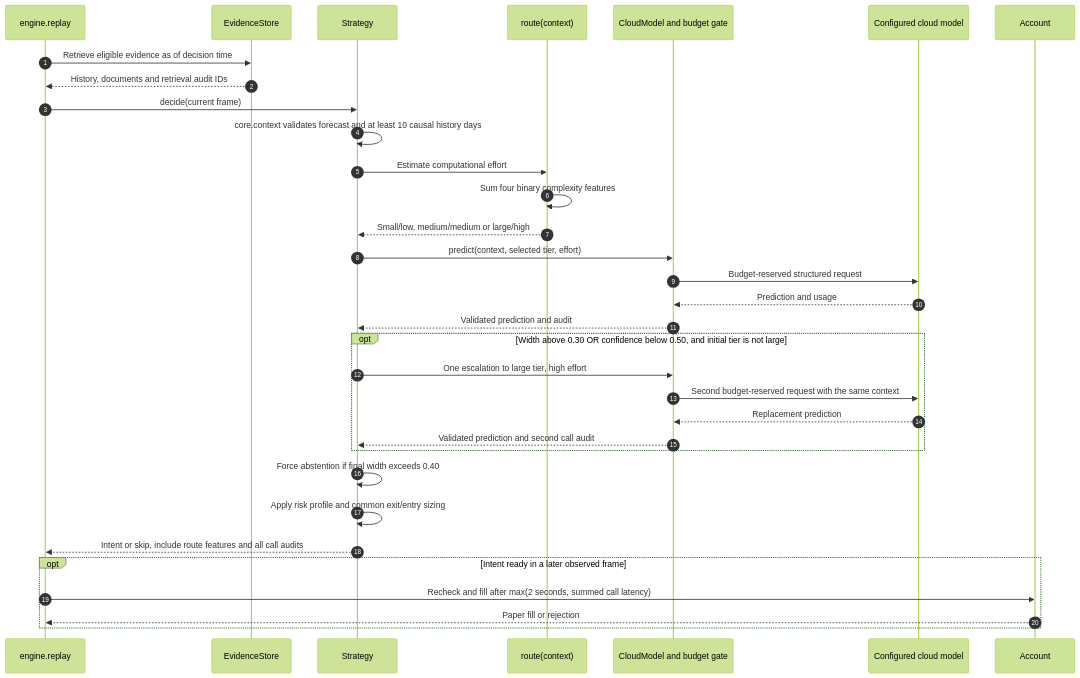
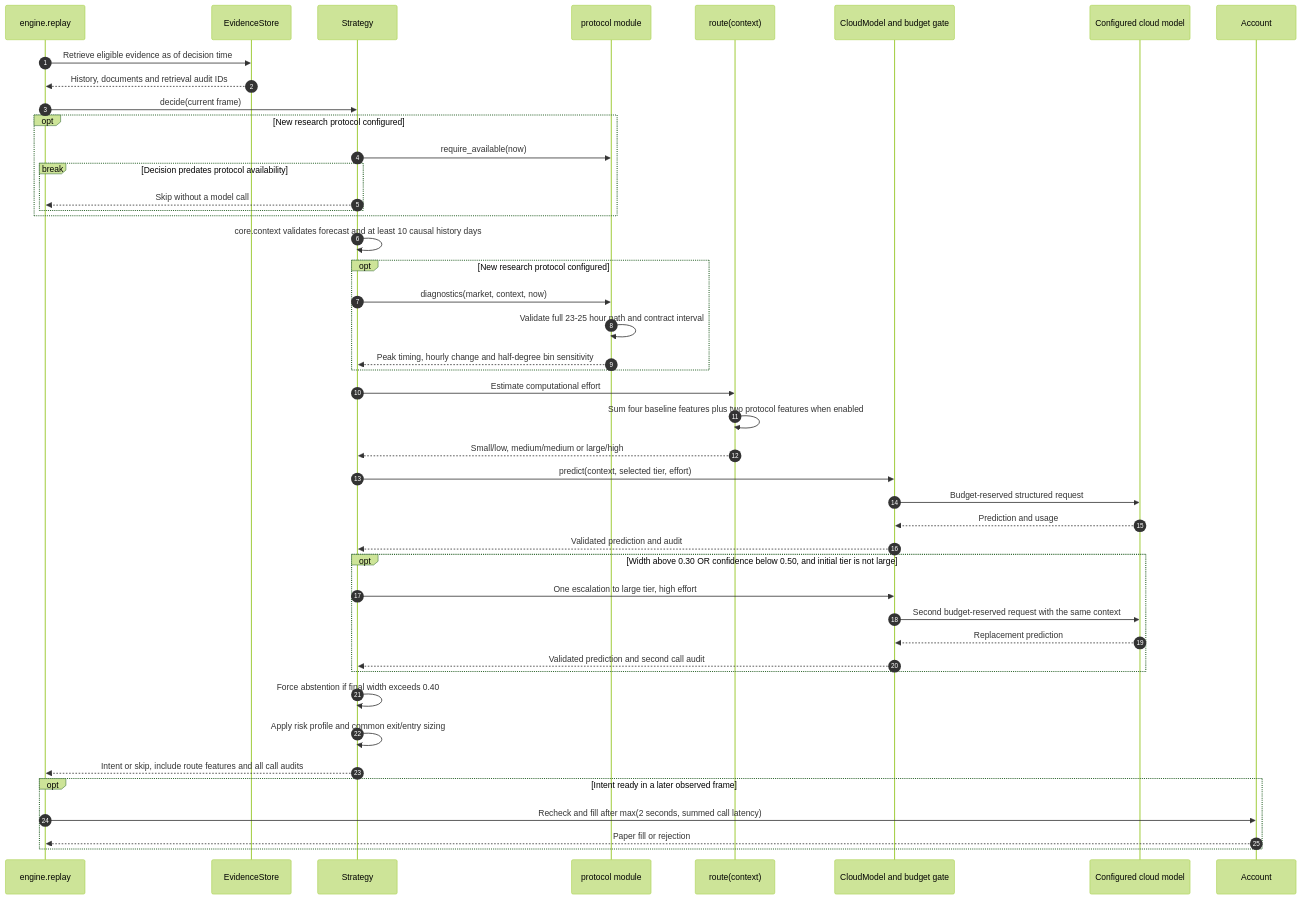
The third of 7 diagrams in docs/ARCHITECTURE-UML.md (burdena0/weather-lab-polymarket-us), drawn with Mermaid (forest theme) before and after one commit. The commit also changed other lines of this file and 13 other files, not shown here.

Commit message:
Synchronize architecture diagrams with versioned weather protocol

````diff
--- a/docs/ARCHITECTURE-UML.md
+++ b/docs/ARCHITECTURE-UML.md
@@ -96,35 +124,47 @@
 ```mermaid
 sequenceDiagram
     autonumber
     participant E as engine.replay
     participant R as EvidenceStore
     participant S as Strategy
+    participant D as protocol module
     participant T as route(context)
     participant M as CloudModel and budget gate
     participant P as Configured cloud model
     participant A as Account
     E->>R: Retrieve eligible evidence as of decision time
     R-->>E: History, documents and retrieval audit IDs
     E->>S: decide(current frame)
+    opt New research protocol configured
+        S->>D: require_available(now)
+        break Decision predates protocol availability
+            S-->>E: Skip without a model call
+        end
+    end
     S->>S: core.context validates forecast and at least 10 causal history days
+    opt New research protocol configured
+        S->>D: diagnostics(market, context, now)
+        D->>D: Validate full 23-25 hour path and contract interval
+        D-->>S: Peak timing, hourly change and half-degree bin sensitivity
+    end
     S->>T: Estimate computational effort
-    T->>T: Sum four binary complexity features
+    T->>T: Sum four baseline features plus two protocol features when enabled
     T-->>S: Small/low, medium/medium or large/high
     S->>M: predict(context, selected tier, effort)
     M->>P: Budget-reserved structured request
     P-->>M: Prediction and usage
     M-->>S: Validated prediction and audit
     opt Width above 0.30 OR confidence below 0.50, and initial tier is not large
         S->>M: One escalation to large tier, high effort
         M->>P: Second budget-reserved request with the same context
         P-->>M: Replacement prediction
         M-->>S: Validated prediction and second call audit
     end
     S->>S: Force abstention if final width exceeds 0.40
     S->>S: Apply risk profile and common exit/entry sizing
     S-->>E: Intent or skip, include route features and all call audits
     opt Intent ready in a later observed frame
         E->>A: Recheck and fill after max(2 seconds, summed call latency)
         A-->>E: Paper fill or rejection
     end
 ```
````
